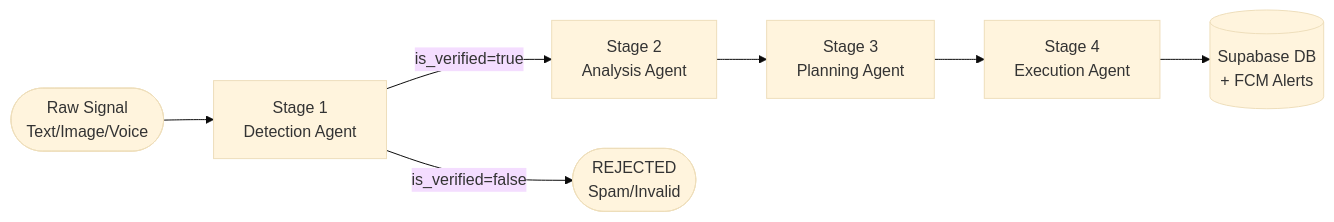
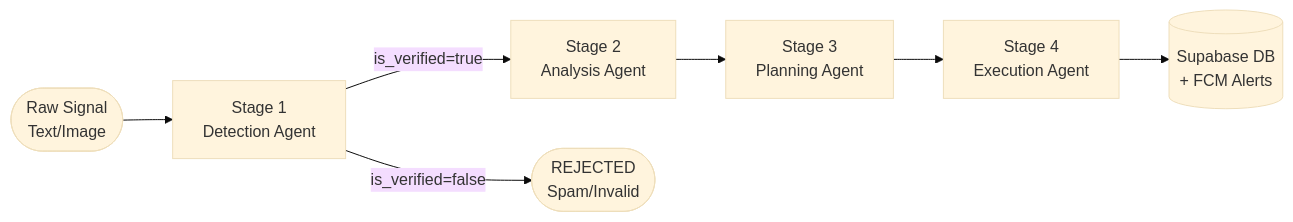
One commit to codedbyasim/Khabar-Crisis-Intelligence-Response-Orchestrator changed the diagram in docs/multi_agent_pipeline.md. Above: the diagram before and after it, drawn with Mermaid (base theme). The commit also changed 8 other files, not shown here.

````diff
--- a/docs/multi_agent_pipeline.md
+++ b/docs/multi_agent_pipeline.md
@@ -9,11 +9,11 @@
 ```mermaid
 flowchart LR
-    S([Raw Signal\nText/Image/Voice]) --> D
+    S([Raw Signal\nText/Image]) --> D
 
     D[Stage 1\nDetection Agent] -->|is_verified=true| A
     D -->|is_verified=false| R([REJECTED\nSpam/Invalid])
 
     A[Stage 2\nAnalysis Agent] --> P
     P[Stage 3\nPlanning Agent] --> E
     E[Stage 4\nExecution Agent] --> DB[(Supabase DB\n+ FCM Alerts)]
 ```
````
